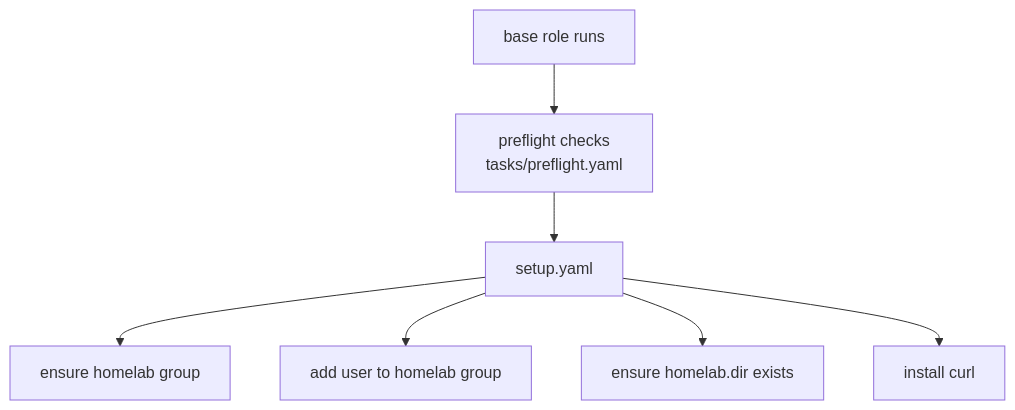
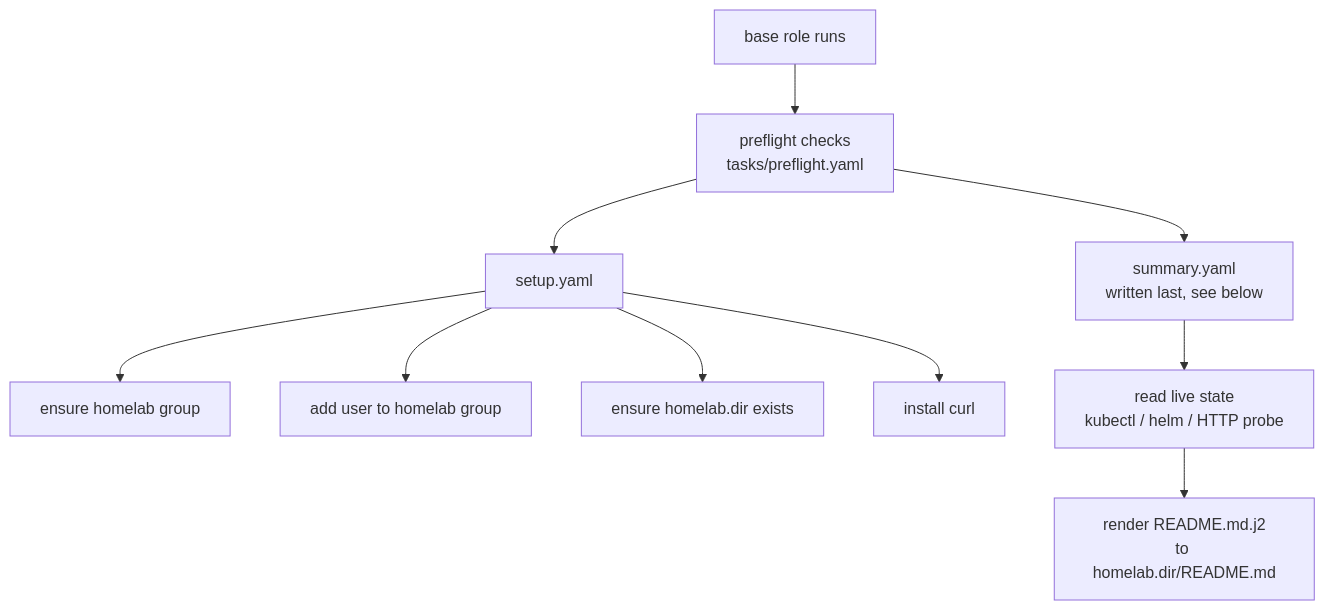
Before and after one commit to this-oliver/homelab: the diagram in ansible/roles/base/README.md, drawn with Mermaid. The commit also changed other lines of this file and 10 other files, not shown here.

Commit message:
feat: adds homelab summary to inventory hosts

````diff
--- a/ansible/roles/base/README.md
+++ b/ansible/roles/base/README.md
@@ -15,9 +19,12 @@
 ```mermaid
 flowchart TD
     role[base role runs] --> preflight[preflight checks<br/>tasks/preflight.yaml]
     preflight --> setup[setup.yaml]
     setup --> group[ensure homelab group]
     setup --> user[add user to homelab group]
     setup --> dir[ensure homelab.dir exists]
     setup --> tools[install curl]
+    preflight --> summary[summary.yaml<br/>written last, see below]
+    summary --> query[read live state<br/>kubectl / helm / HTTP probe]
+    query --> render[render README.md.j2<br/>to homelab.dir/README.md]
 ```
````
